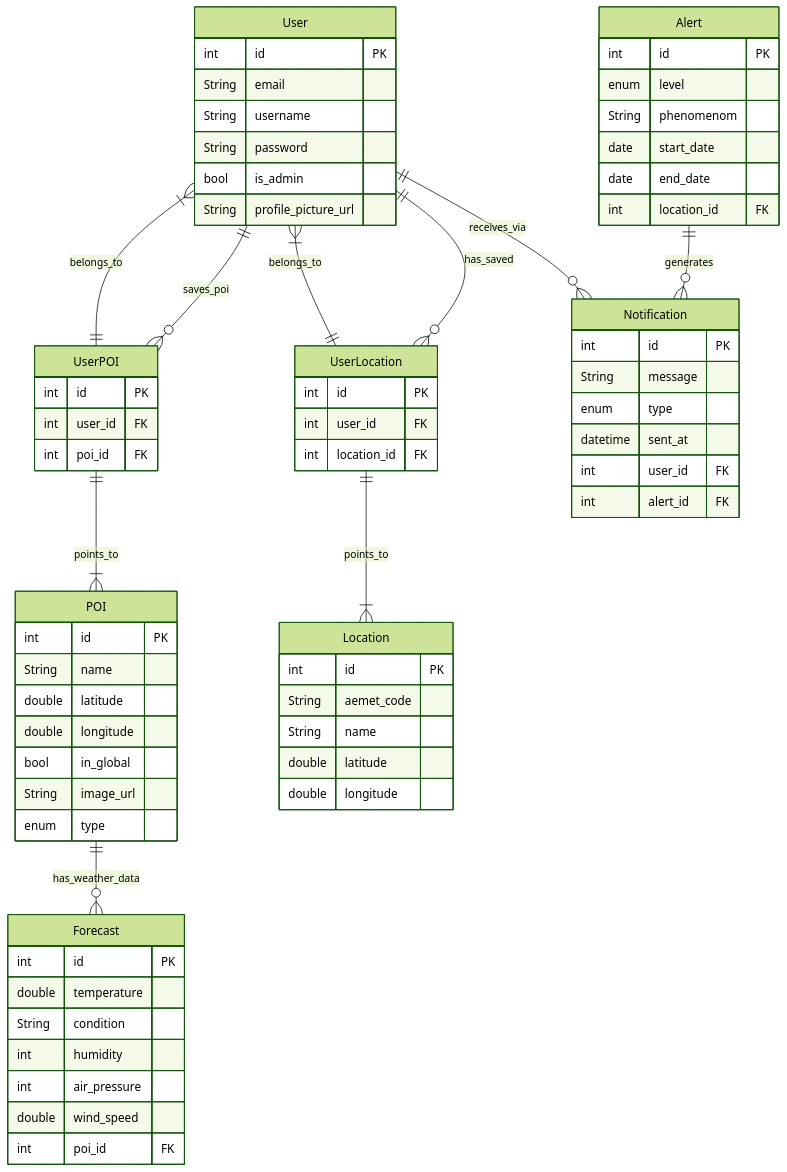
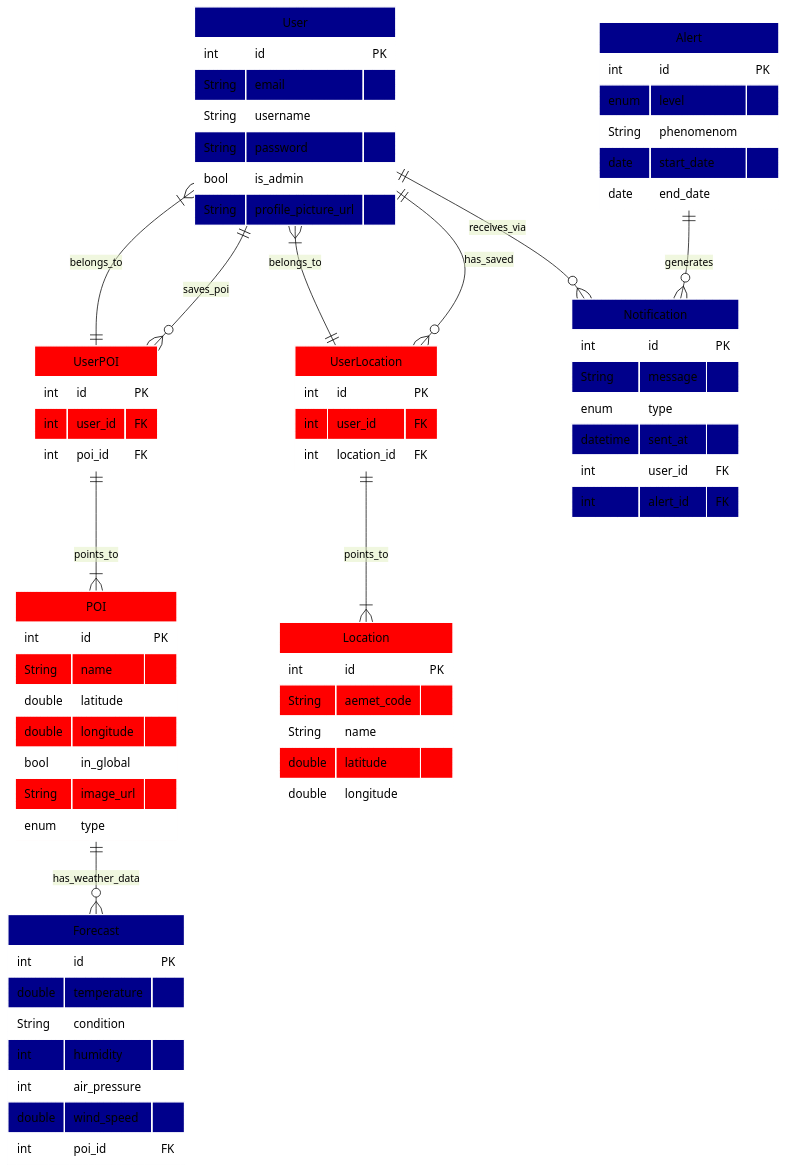
Before and after one commit to aangelo21/canary-weather: the third of 3 diagrams in docs/diagrams.md, drawn with Mermaid (forest theme). The commit also changed other lines of this file, not shown here.

Commit message:
feat: added colors to ER diagram

````diff
--- a/docs/diagrams.md
+++ b/docs/diagrams.md
@@ -178,7 +178,6 @@
         String phenomenom
         date start_date
         date end_date
-        int location_id FK
     }
 
     UserLocation {
@@ -201,4 +200,13 @@
         int user_id FK
         int alert_id FK
     }
+
+style User fill:#00008B,stroke:#fff,color:#000000
+style UserPOI fill:#FF0000,stroke:#fff,color:#000000
+style UserLocation fill:#FF0000,stroke:#fff,color:#000000
+style POI fill:#FF0000,stroke:#fff,color:#000000
+style Location fill:#FF0000,stroke:#fff,color:#000000
+style Forecast fill:#00008B,stroke:#fff,color:#000000
+style Alert fill:#00008B,stroke:#fff,color:#000000
+style Notification fill:#00008B,stroke:#fff,color:#000000
 ```
````
